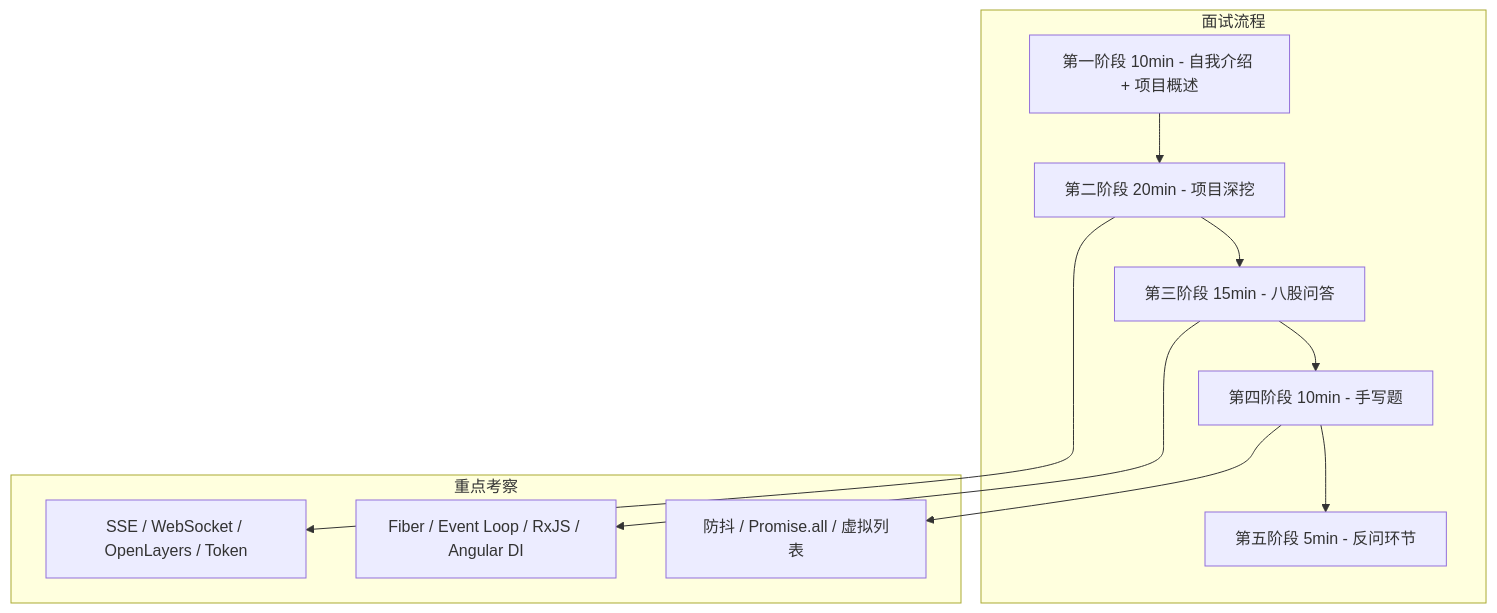
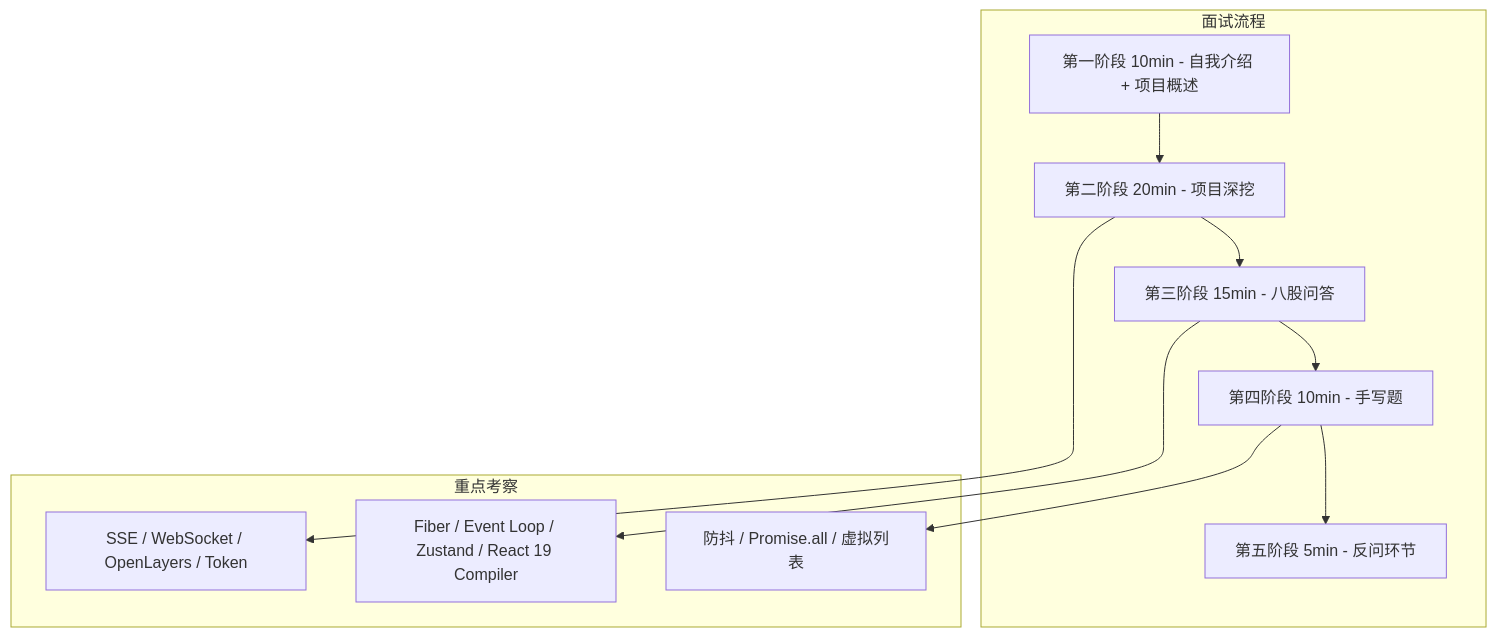
One commit to KMaybe01/common changed the second of 55 diagrams in S4-面试冲刺/02-简历问题.md. Above: the diagram before and after it, drawn with Mermaid. The commit also changed other lines of this file and 15 other files, not shown here.

````diff
--- a/S4-面试冲刺/02-简历问题.md
+++ b/S4-面试冲刺/02-简历问题.md
@@ -139,15 +137,15 @@
 ```mermaid
 flowchart TD
   subgraph "面试流程"
     P1["第一阶段 10min - 自我介绍 + 项目概述"] --> P2["第二阶段 20min - 项目深挖"]
     P2 --> P3["第三阶段 15min - 八股问答"]
     P3 --> P4["第四阶段 10min - 手写题"]
     P4 --> P5["第五阶段 5min - 反问环节"]
   end
 
   subgraph "重点考察"
     P2 --> T1["SSE / WebSocket / OpenLayers / Token"]
-    P3 --> T2["Fiber / Event Loop / RxJS / Angular DI"]
+    P3 --> T2["Fiber / Event Loop / Zustand / React 19 Compiler"]
     P4 --> T3["防抖 / Promise.all / 虚拟列表"]
   end
 ```
````
